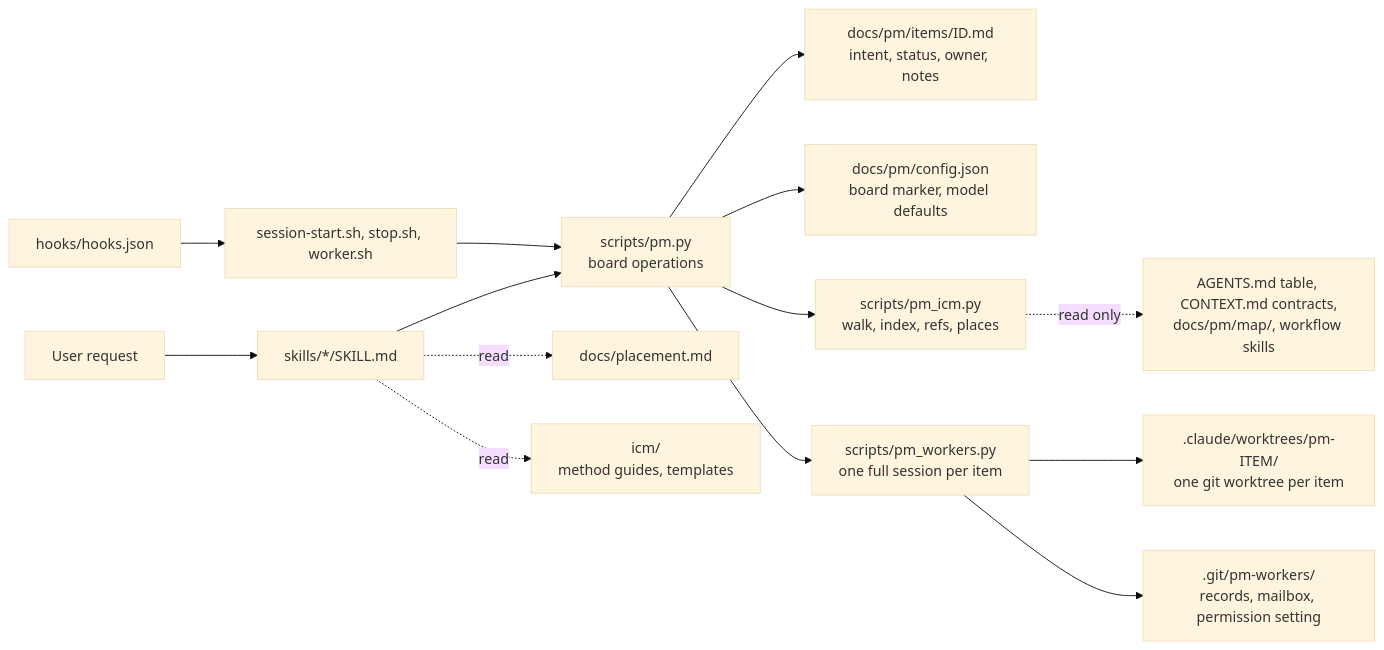
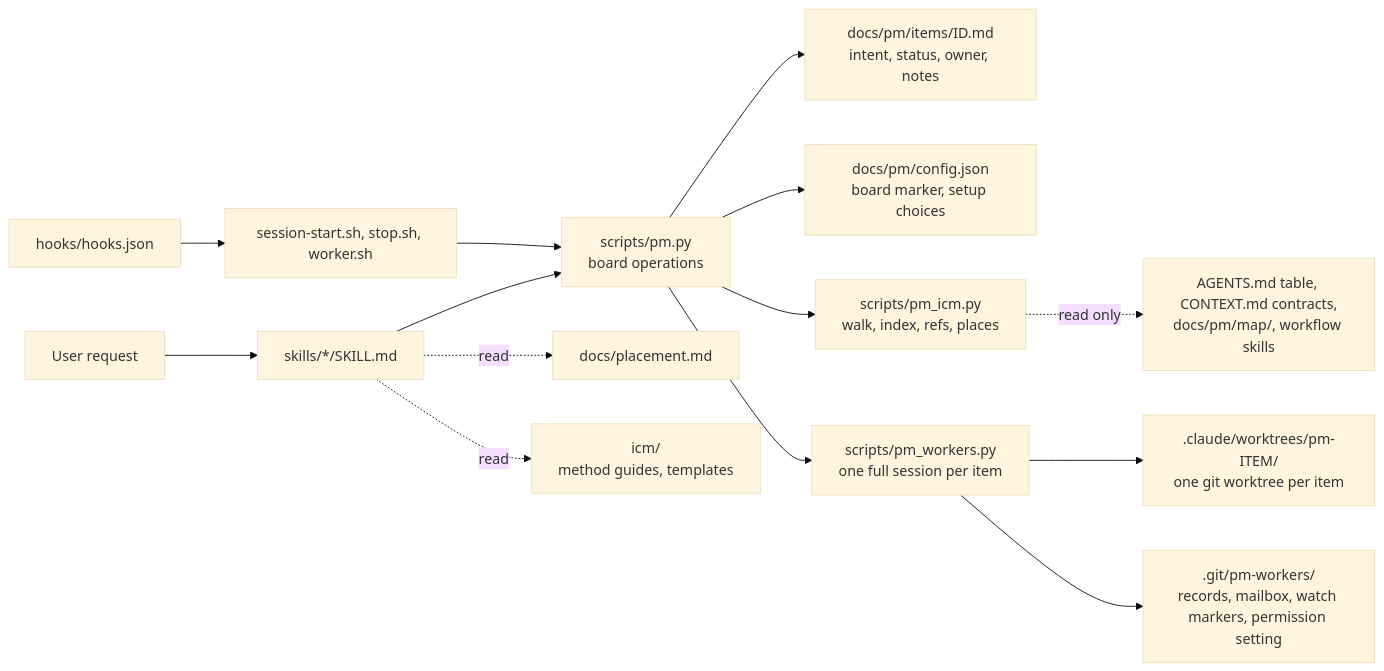
One commit to yehezkieled/pm-plugin changed the diagram in docs/manual.md. Above: the diagram before and after it, drawn with Mermaid (base theme). The commit also changed other lines of this file and 19 other files, not shown here.

First line of the commit message:
feat: workers report back on their own, standard setup questions, optional validator, GitHub and CI/CD setup (#18)

````diff
--- a/docs/manual.md
+++ b/docs/manual.md
@@ -195,16 +212,16 @@
 ```mermaid
 flowchart LR
   U[User request] --> S[skills/*/SKILL.md]
   S --> C[scripts/pm.py<br/>board operations]
   C --> I[docs/pm/items/ID.md<br/>intent, status, owner, notes]
-  C --> K[docs/pm/config.json<br/>board marker, model defaults]
+  C --> K[docs/pm/config.json<br/>board marker, setup choices]
   S -. read .-> PG[docs/placement.md]
   S -. read .-> ICM[icm/<br/>method guides, templates]
   C --> W[scripts/pm_icm.py<br/>walk, index, refs, places]
   C --> WS[scripts/pm_workers.py<br/>one full session per item]
   WS --> WT[.claude/worktrees/pm-ITEM/<br/>one git worktree per item]
-  WS --> ST[.git/pm-workers/<br/>records, mailbox, permission setting]
+  WS --> ST[.git/pm-workers/<br/>records, mailbox, watch markers, permission setting]
   W -. read only .-> R[AGENTS.md table, CONTEXT.md contracts,<br/>docs/pm/map/, workflow skills]
   H[hooks/hooks.json] --> SH[session-start.sh, stop.sh, worker.sh]
   SH --> C
 ```
````
